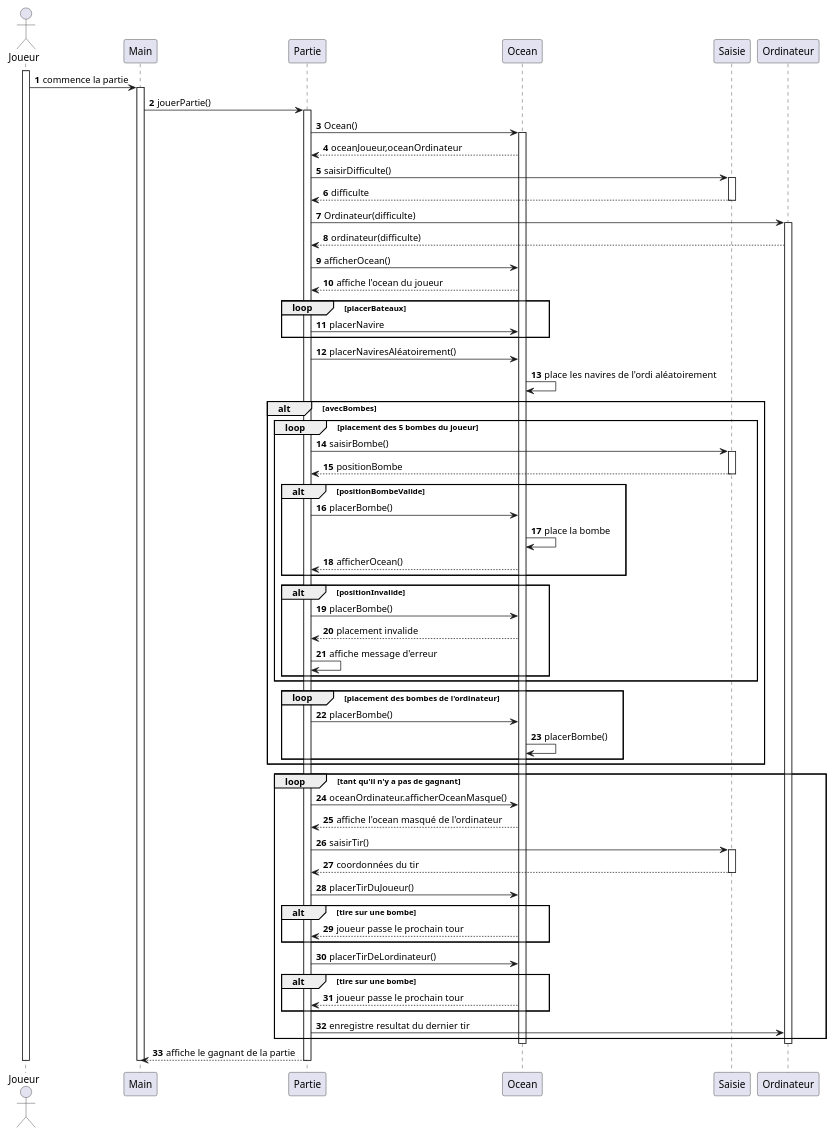
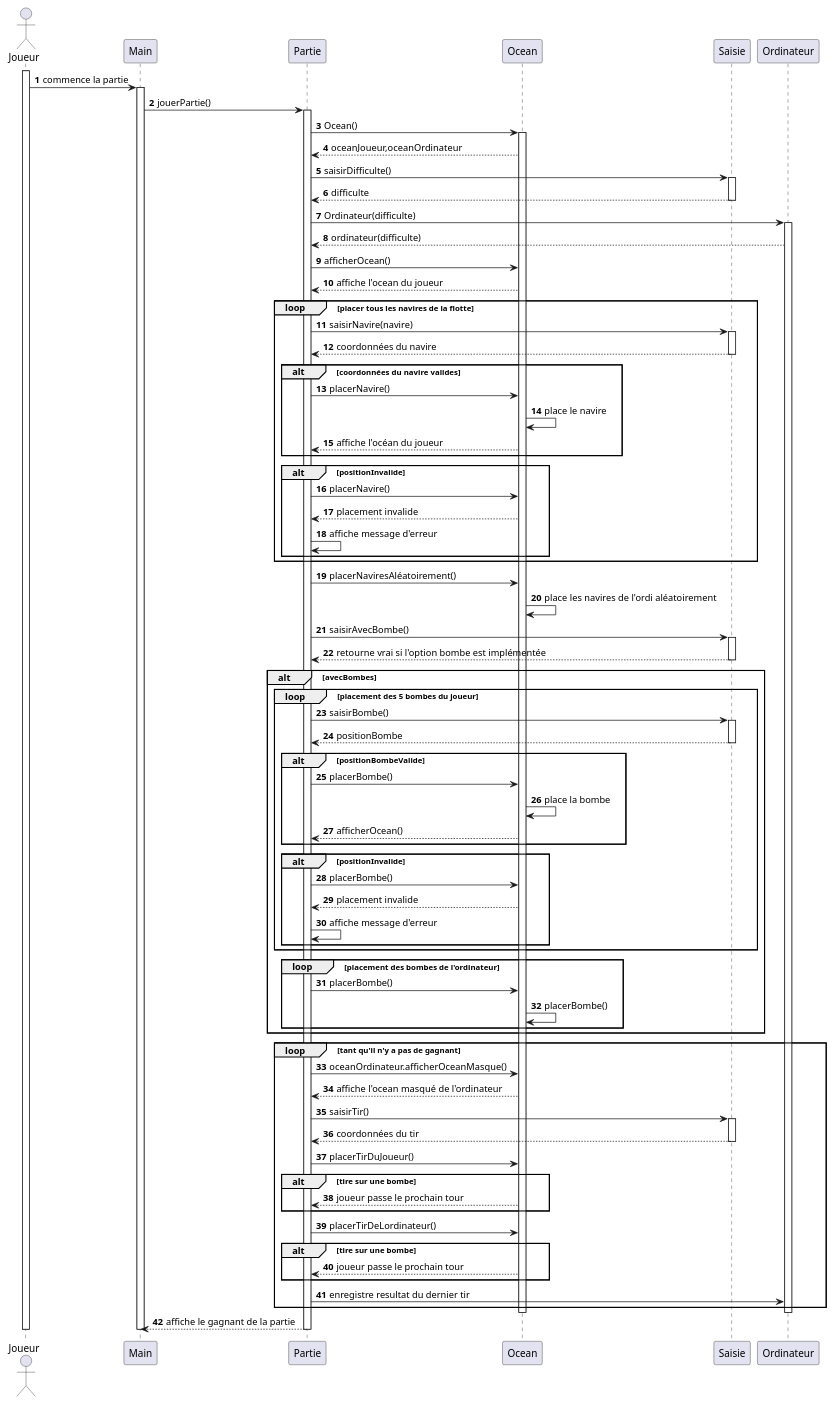
Before and after one commit to Jeremie-Gour/BatailleNavale: the diagram in DiagSequence.puml, drawn with PlantUML.

Commit message:
Changes by alexc

```diff
--- a/DiagSequence.puml
+++ b/DiagSequence.puml
@@ -1,102 +1,122 @@
 @startuml
 'https://plantuml.com/sequence-diagram
 
 autonumber
 
 actor Joueur as Joueur
 
 
 activate Joueur
 Joueur -> Main: commence la partie
 activate Main
 
 Main -> Partie: jouerPartie()
 activate Partie
 
 Partie -> Ocean: Ocean()
 activate Ocean
 Ocean --> Partie: oceanJoueur,oceanOrdinateur
 Partie -> Saisie: saisirDifficulte()
 activate Saisie
 
 Saisie --> Partie: difficulte
 deactivate Saisie
 
 Partie -> Ordinateur: Ordinateur(difficulte)
 activate Ordinateur
 Ordinateur --> Partie: ordinateur(difficulte)
 
 Partie -> Ocean: afficherOcean()
 Ocean --> Partie: affiche l'ocean du joueur
 
 'boucle for pour saisir et placer les navires
-loop placerBateaux
-    Partie -> Ocean: placerNavire
+loop placer tous les navires de la flotte
+    Partie -> Saisie: saisirNavire(navire)
+        activate Saisie
+
+    Saisie --> Partie: coordonnées du navire
+    deactivate Saisie
+
+    alt coordonnées du navire valides
+    Partie -> Ocean: placerNavire()
+    Ocean -> Ocean: place le navire
+    Ocean --> Partie: affiche l'océan du joueur
+    end
+    alt positionInvalide
+    Partie -> Ocean: placerNavire()
+    Ocean --> Partie: placement invalide
+    Partie -> Partie: affiche message d'erreur
+    end
 end
 
 Partie -> Ocean: placerNaviresAléatoirement()
 Ocean -> Ocean: place les navires de l'ordi aléatoirement
 
+Partie -> Saisie: saisirAvecBombe()
+    activate Saisie
+
+Saisie --> Partie: retourne vrai si l'option bombe est implémentée
+deactivate Saisie
 'alt si ya des bombes
 alt avecBombes
 
 loop placement des 5 bombes du joueur
     Partie -> Saisie: saisirBombe()
     activate Saisie
     Saisie --> Partie: positionBombe
     deactivate Saisie
     alt positionBombeValide
      Partie -> Ocean: placerBombe()
      Ocean -> Ocean: place la bombe
      Ocean --> Partie: afficherOcean()
     end
     alt positionInvalide
         Partie -> Ocean: placerBombe()
         Ocean --> Partie: placement invalide
         Partie -> Partie: affiche message d'erreur
      end
 end
 loop placement des bombes de l'ordinateur
     Partie -> Ocean: placerBombe()
     Ocean -> Ocean: placerBombe()
 end
 end
 
 
 loop tant qu'il n'y a pas de gagnant
     Partie -> Ocean: oceanOrdinateur.afficherOceanMasque()
     Ocean --> Partie: affiche l'ocean masqué de l'ordinateur
     Partie -> Saisie: saisirTir()
         activate Saisie
 
     Saisie --> Partie: coordonnées du tir
     deactivate Saisie
     Partie -> Ocean: placerTirDuJoueur()
     alt tire sur une bombe
     Ocean --> Partie: joueur passe le prochain tour
     end
     Partie -> Ocean: placerTirDeLordinateur()
     alt tire sur une bombe
     Ocean --> Partie: joueur passe le prochain tour
     end
     Partie -> Ordinateur: enregistre resultat du dernier tir
 end
 deactivate Ordinateur
 deactivate Ocean
 Partie --> Main: affiche le gagnant de la partie
 deactivate Partie
 deactivate Main
 deactivate Joueur
 
 
 
 
 
 'Objets interessants: main, Partie, Ocean, Ordinateur,
 
 
 
 
 
 
 @enduml
```
